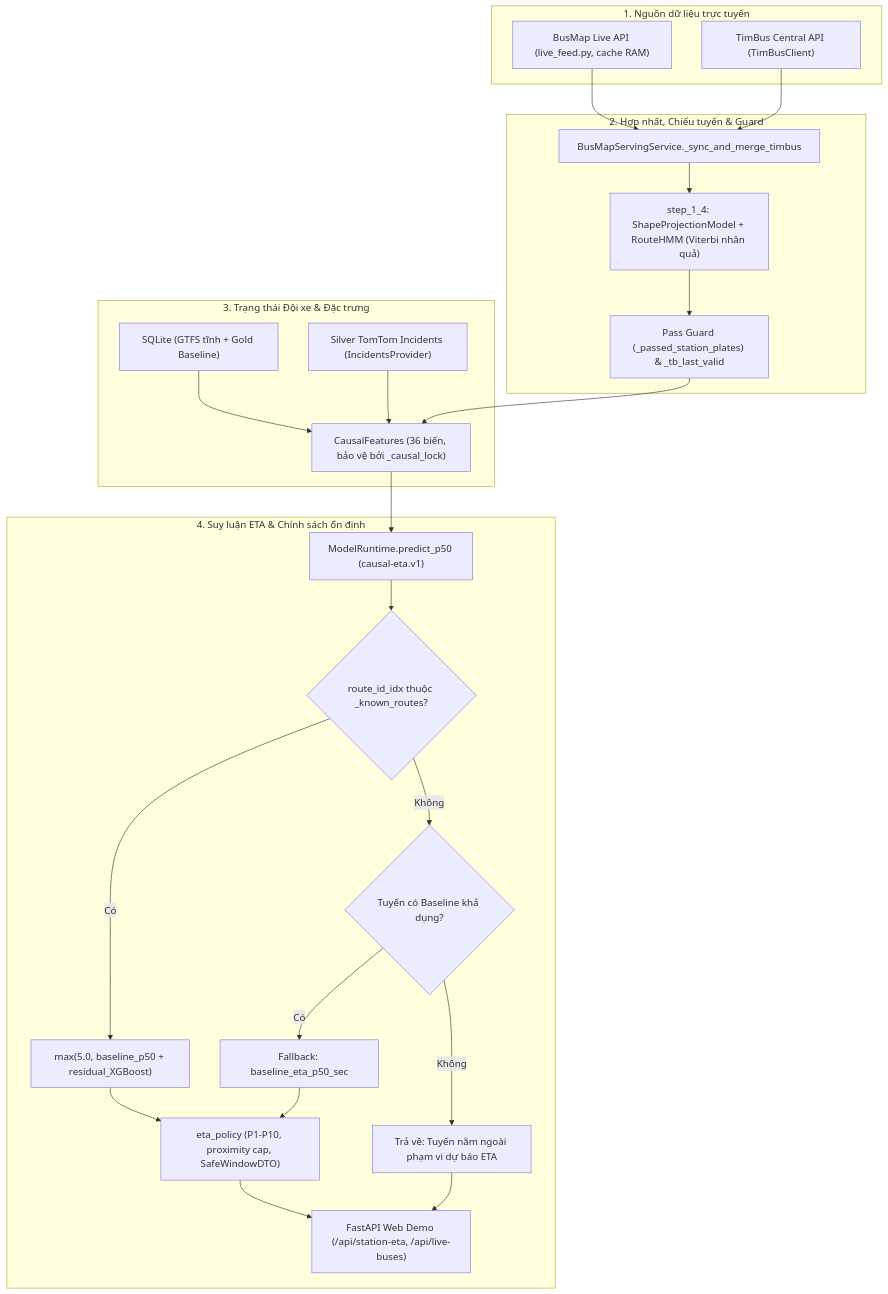
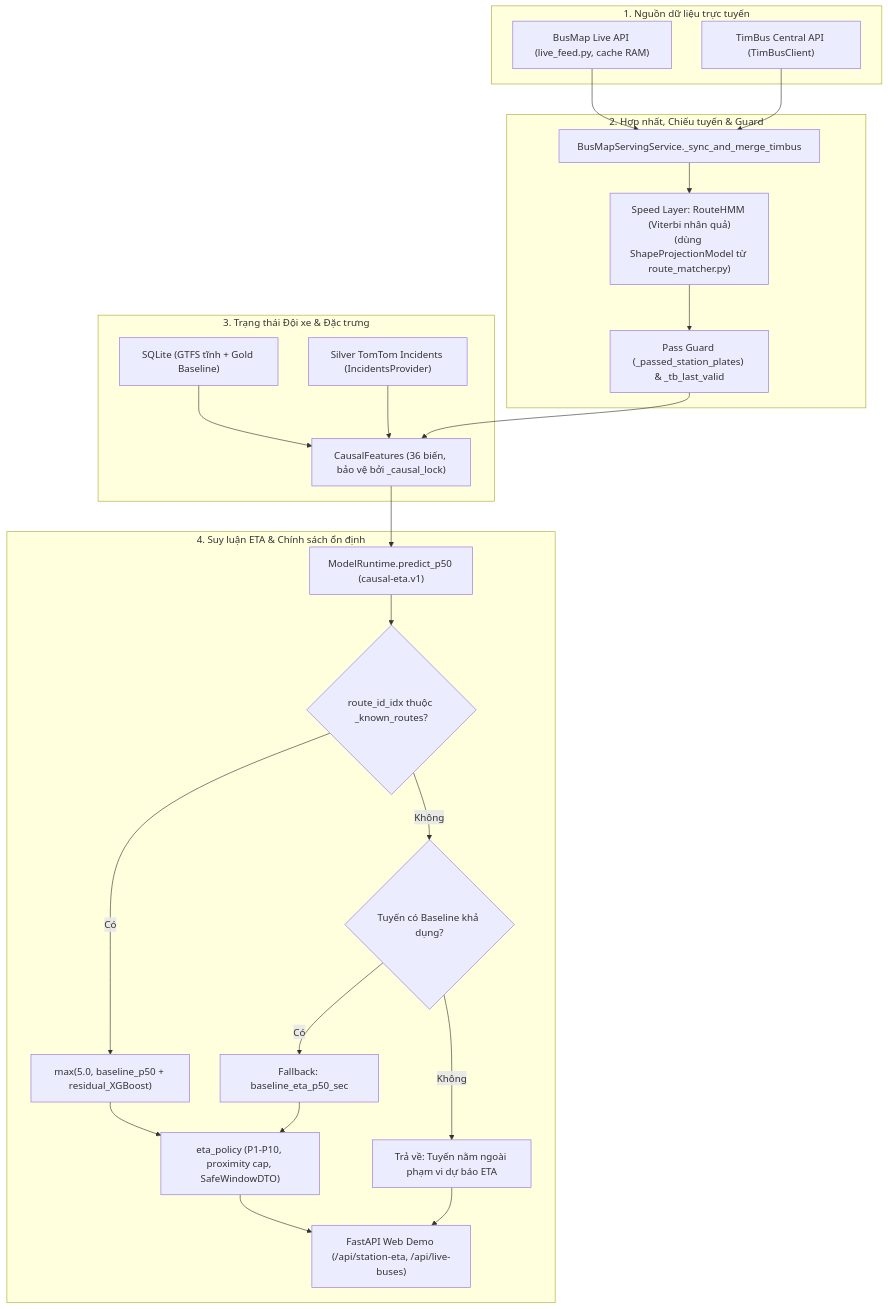
One commit to toibinguz/Bus_tracking changed the diagram in docs/SPEED_VIEW_PIPELINE.md. Above: the diagram before and after it, drawn with Mermaid. The commit also changed other lines of this file and 4 other files, not shown here.

Commit message:
docs: clarify RouteHMM runs only in Speed Layer while step_1_4 Batch uses pure 1D Frenet

````diff
--- a/docs/SPEED_VIEW_PIPELINE.md
+++ b/docs/SPEED_VIEW_PIPELINE.md
@@ -9,40 +9,40 @@
 ```mermaid
 flowchart TD
     subgraph LIVE["1. Nguồn dữ liệu trực tuyến"]
         BM["BusMap Live API (live_feed.py, cache RAM)"]
         TB["TimBus Central API (TimBusClient)"]
     end
 
     subgraph MATCH["2. Hợp nhất, Chiếu tuyến & Guard"]
         MERGE["BusMapServingService._sync_and_merge_timbus"]
-        HMM["step_1_4: ShapeProjectionModel + RouteHMM (Viterbi nhân quả)"]
+        HMM["Speed Layer: RouteHMM (Viterbi nhân quả)\n(dùng ShapeProjectionModel từ route_matcher.py)"]
         GUARD["Pass Guard (_passed_station_plates) & _tb_last_valid"]
     end
 
     subgraph FEAT["3. Trạng thái Đội xe & Đặc trưng"]
         CAUSAL["CausalFeatures (36 biến, bảo vệ bởi _causal_lock)"]
         SQL["SQLite (GTFS tĩnh + Gold Baseline)"]
         INC["Silver TomTom Incidents (IncidentsProvider)"]
     end
 
     subgraph PRED["4. Suy luận ETA & Chính sách ổn định"]
         MR["ModelRuntime.predict_p50 (causal-eta.v1)"]
         CHECK{"route_id_idx thuộc _known_routes?"}
         XGB["max(5.0, baseline_p50 + residual_XGBoost)"]
         CHK_BASE{"Tuyến có Baseline khả dụng?"}
         BASE["Fallback: baseline_eta_p50_sec"]
         OOS["Trả về: Tuyến nằm ngoài phạm vi dự báo ETA"]
         POL["eta_policy (P1-P10, proximity cap, SafeWindowDTO)"]
         API["FastAPI Web Demo (/api/station-eta, /api/live-buses)"]
     end
 
     BM & TB --> MERGE --> HMM --> GUARD --> CAUSAL
     SQL --> CAUSAL
     INC --> CAUSAL
     CAUSAL --> MR --> CHECK
     CHECK -->|"Có"| XGB --> POL
     CHECK -->|"Không"| CHK_BASE
     CHK_BASE -->|"Có"| BASE --> POL
     CHK_BASE -->|"Không"| OOS --> API
     POL --> API
 ```
````
